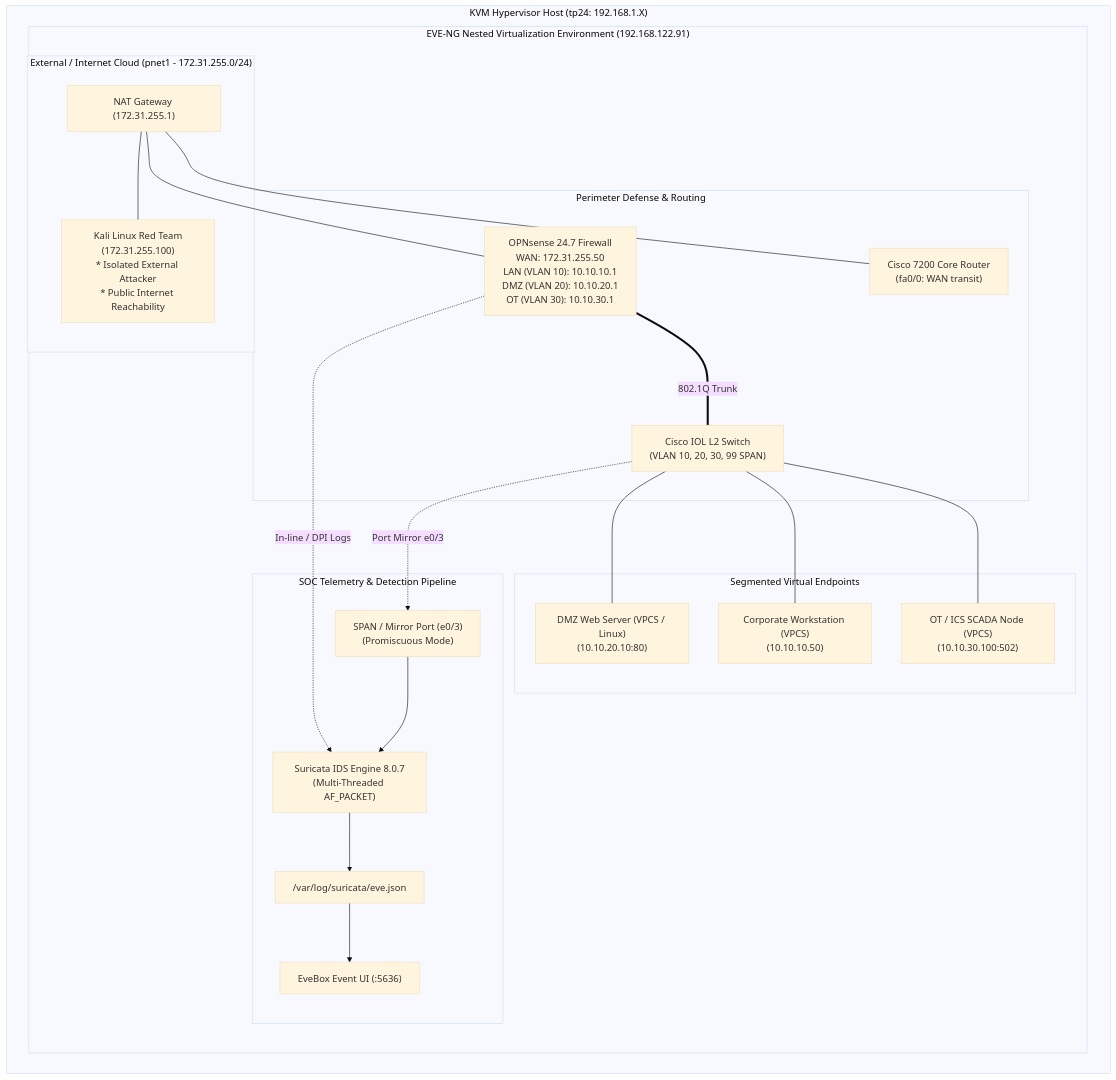
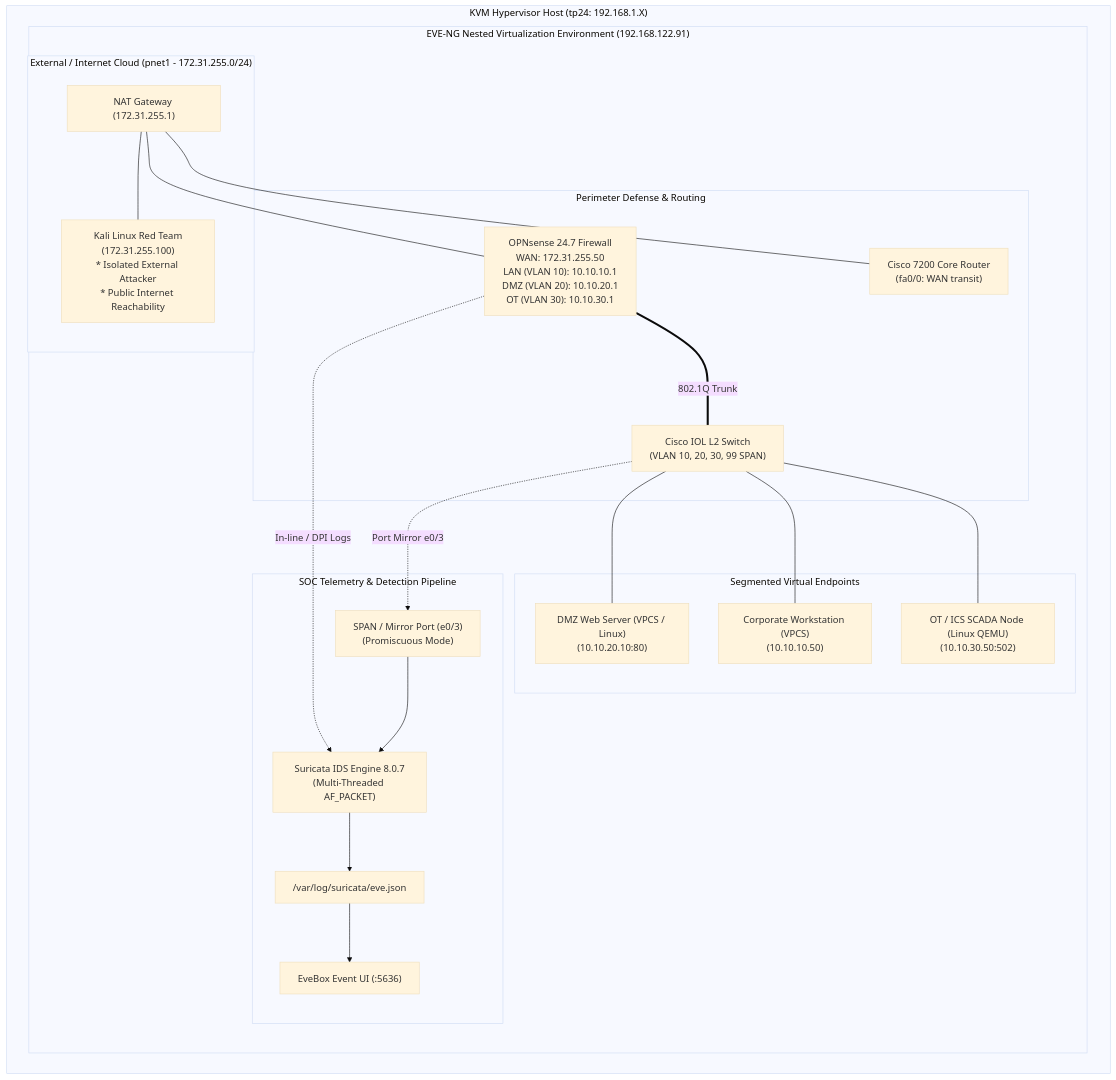
One commit to ytp24/eve-soc-homelab changed the diagram in docs/TUTORIAL.md. Above: the diagram before and after it, drawn with Mermaid (base theme). The commit also changed 3 other files, not shown here.

Commit message:
feat(topology): configure OT-PLC as Linux QEMU node for EVE-NG Community compatibility

````diff
--- a/docs/TUTORIAL.md
+++ b/docs/TUTORIAL.md
@@ -13,43 +13,43 @@
 ```mermaid
 flowchart TD
     subgraph Hypervisor["KVM Hypervisor Host (tp24: 192.168.1.X)"]
         subgraph EVE_VM["EVE-NG Nested Virtualization Environment (192.168.122.91)"]
             subgraph WAN["External / Internet Cloud (pnet1 - 172.31.255.0/24)"]
                 NAT_GW["NAT Gateway (172.31.255.1)"]
                 KALI["Kali Linux Red Team\n(172.31.255.100)\n* Isolated External Attacker\n* Public Internet Reachability"]
             end
 
             subgraph Perimeter["Perimeter Defense & Routing"]
                 FW["OPNsense 24.7 Firewall\nWAN: 172.31.255.50\nLAN (VLAN 10): 10.10.10.1\nDMZ (VLAN 20): 10.10.20.1\nOT  (VLAN 30): 10.10.30.1"]
                 R1["Cisco 7200 Core Router\n(fa0/0: WAN transit)"]
                 SW1["Cisco IOL L2 Switch\n(VLAN 10, 20, 30, 99 SPAN)"]
             end
 
             subgraph Endpoints["Segmented Virtual Endpoints"]
                 DMZ_SRV["DMZ Web Server (VPCS / Linux)\n(10.10.20.10:80)"]
                 CORP_PC["Corporate Workstation (VPCS)\n(10.10.10.50)"]
-                OT_PLC["OT / ICS SCADA Node (VPCS)\n(10.10.30.100:502)"]
+                OT_PLC["OT / ICS SCADA Node (Linux QEMU)\n(10.10.30.50:502)"]
             end
 
             subgraph Telemetry["SOC Telemetry & Detection Pipeline"]
                 SPAN["SPAN / Mirror Port (e0/3)\n(Promiscuous Mode)"]
                 SURICATA["Suricata IDS Engine 8.0.7\n(Multi-Threaded AF_PACKET)"]
                 EVE_JSON["/var/log/suricata/eve.json"]
                 EVEBOX["EveBox Event UI (:5636)"]
             end
         end
     end
 
     NAT_GW --- KALI
     NAT_GW --- FW
     NAT_GW --- R1
     FW ===|802.1Q Trunk| SW1
     SW1 --- DMZ_SRV
     SW1 --- CORP_PC
     SW1 --- OT_PLC
     SW1 -.->|Port Mirror e0/3| SPAN
     FW -.->|In-line / DPI Logs| SURICATA
     SPAN --> SURICATA
     SURICATA --> EVE_JSON
     EVE_JSON --> EVEBOX
 ```
````
